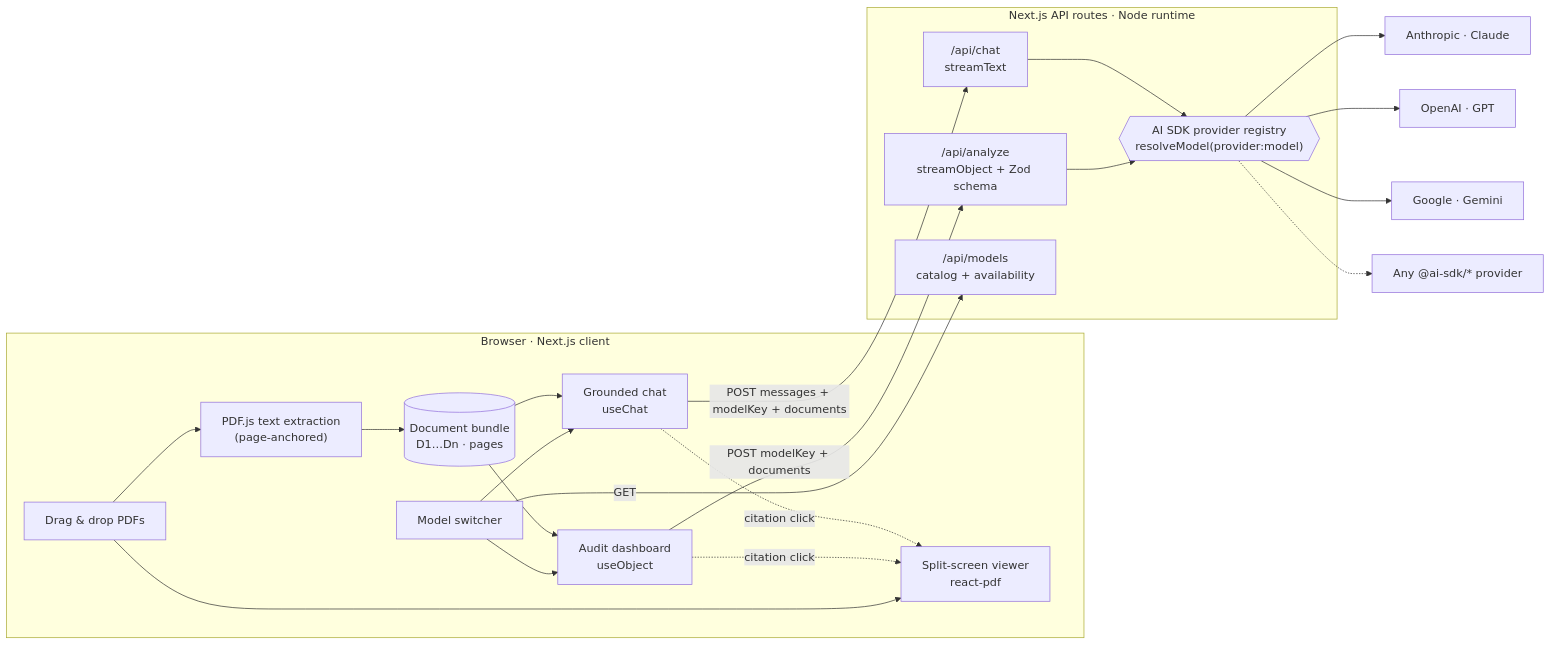
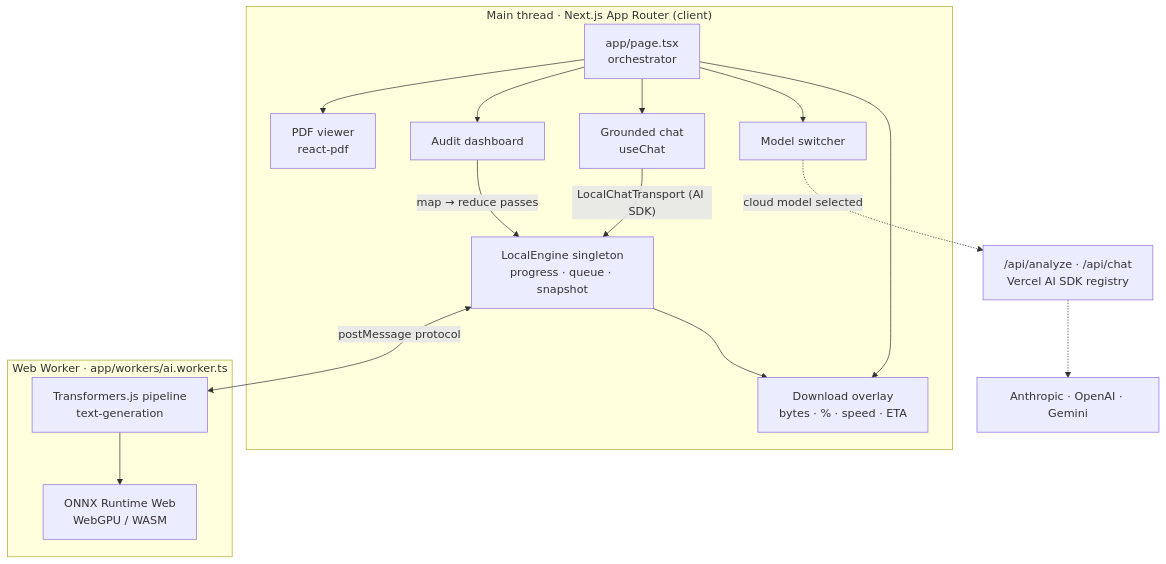
Before and after one commit to ShamanBhat/DocuLens: the second of 3 diagrams in README.md, drawn with Mermaid. The commit also changed other lines of this file and 39 other files, not shown here.

Commit message:
feat: add local model support

````diff
--- a/README.md
+++ b/README.md
@@ -46,31 +84,27 @@
 ```mermaid
-flowchart LR
-    subgraph Browser["Browser · Next.js client"]
-        U["Drag & drop PDFs"] --> X["PDF.js text extraction<br/>(page-anchored)"]
-        X --> B[("Document bundle<br/>D1…Dn · pages")]
-        U --> V["Split-screen viewer<br/>react-pdf"]
-        MS["Model switcher"] --> DA
-        MS --> CH
-        B --> DA["Audit dashboard<br/>useObject"]
-        B --> CH["Grounded chat<br/>useChat"]
-        DA -. "citation click" .-> V
-        CH -. "citation click" .-> V
+flowchart TB
+    subgraph UI["Main thread · Next.js App Router (client)"]
+        Page["app/page.tsx<br/>orchestrator"]
+        Viewer["PDF viewer<br/>react-pdf"]
+        Dash["Audit dashboard"]
+        Chat["Grounded chat<br/>useChat"]
+        Engine["LocalEngine singleton<br/>progress · queue · snapshot"]
+        Switch["Model switcher"]
+        Overlay["Download overlay<br/>bytes · % · speed · ETA"]
     end
 
-    subgraph Server["Next.js API routes · Node runtime"]
-        AN["/api/analyze<br/>streamObject + Zod schema"]
-        CT["/api/chat<br/>streamText"]
-        MO["/api/models<br/>catalog + availability"]
-        REG{{"AI SDK provider registry<br/>resolveModel(provider:model)"}}
+    subgraph Worker["Web Worker · app/workers/ai.worker.ts"]
+        Pipe["Transformers.js pipeline<br/>text-generation"]
+        ORT["ONNX Runtime Web<br/>WebGPU / WASM"]
     end
 
-    DA -- "POST modelKey + documents" --> AN
-    CH -- "POST messages + modelKey + documents" --> CT
-    MS -- "GET" --> MO
-    AN --> REG
-    CT --> REG
-    REG --> A["Anthropic · Claude"]
-    REG --> O["OpenAI · GPT"]
-    REG --> G["Google · Gemini"]
-    REG -.-> N["Any @ai-sdk/* provider"]
+    Page --> Viewer & Dash & Chat & Switch & Overlay
+    Dash -- "map → reduce passes" --> Engine
+    Chat -- "LocalChatTransport (AI SDK)" --> Engine
+    Engine <-- "postMessage protocol" --> Pipe
+    Pipe --> ORT
+    Engine --> Overlay
+
+    Switch -. "cloud model selected" .-> Routes["/api/analyze · /api/chat<br/>Vercel AI SDK registry"]
+    Routes -.-> Providers["Anthropic · OpenAI · Gemini"]
 ```
````
